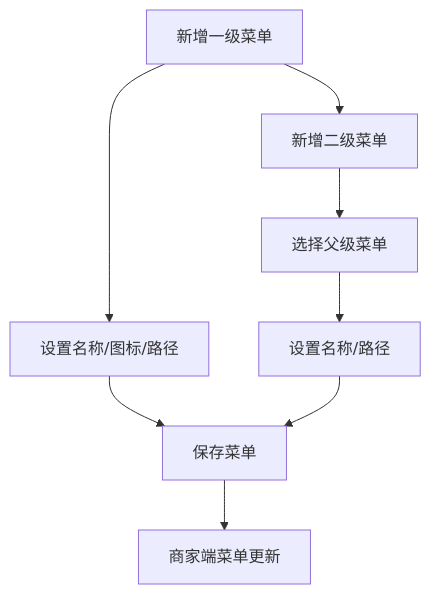
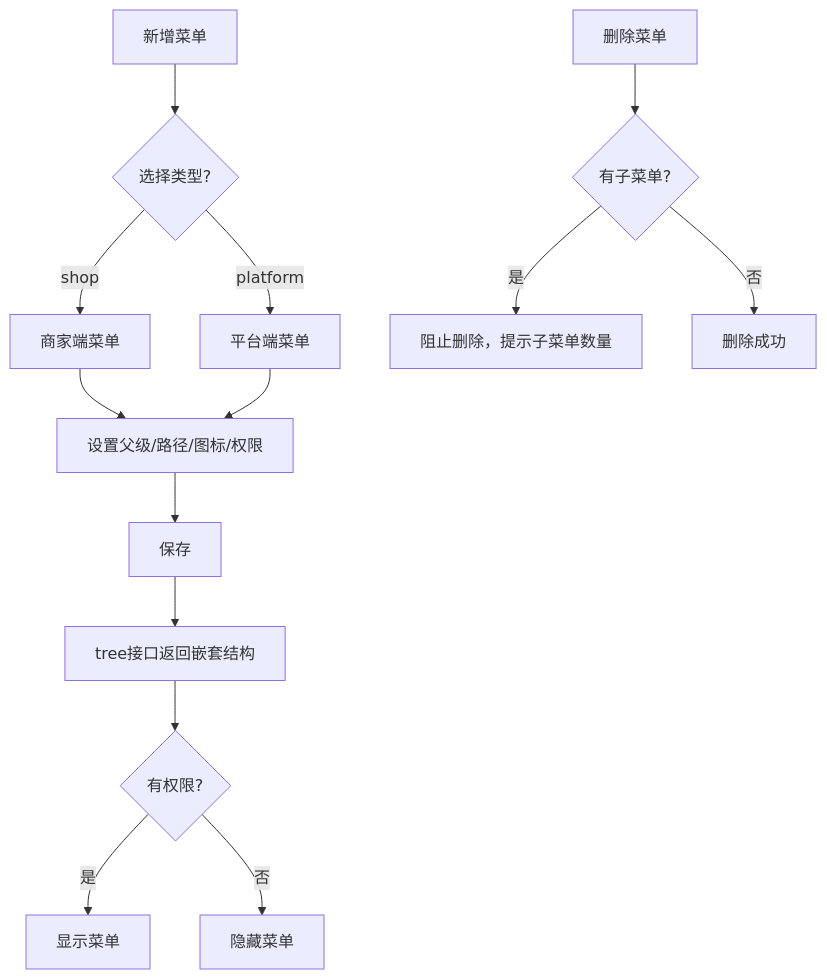
One commit to aliquanhou/tllos-mall changed the diagram in backend/resources/docs/modules/merchant/menu.md. Above: the diagram before and after it, drawn with Mermaid. The commit also changed other lines of this file and 2 other files, not shown here.

````diff
--- a/backend/resources/docs/modules/merchant/menu.md
+++ b/backend/resources/docs/modules/merchant/menu.md
@@ -42,10 +91,16 @@
 ```mermaid
 flowchart TD
-    A[新增一级菜单] --> B[设置名称/图标/路径]
-    A --> C[新增二级菜单]
-    C --> D[选择父级菜单]
-    D --> E[设置名称/路径]
-    B --> F[保存菜单]
-    E --> F
-    F --> G[商家端菜单更新]
+    A[新增菜单] --> B{选择类型?}
+    B -->|shop| C[商家端菜单]
+    B -->|platform| D[平台端菜单]
+    C --> E[设置父级/路径/图标/权限]
+    D --> E
+    E --> F[保存]
+    F --> G[tree接口返回嵌套结构]
+    G --> H{有权限?}
+    H -->|是| I[显示菜单]
+    H -->|否| J[隐藏菜单]
+    K[删除菜单] --> L{有子菜单?}
+    L -->|是| M[阻止删除，提示子菜单数量]
+    L -->|否| N[删除成功]
 ```
````
